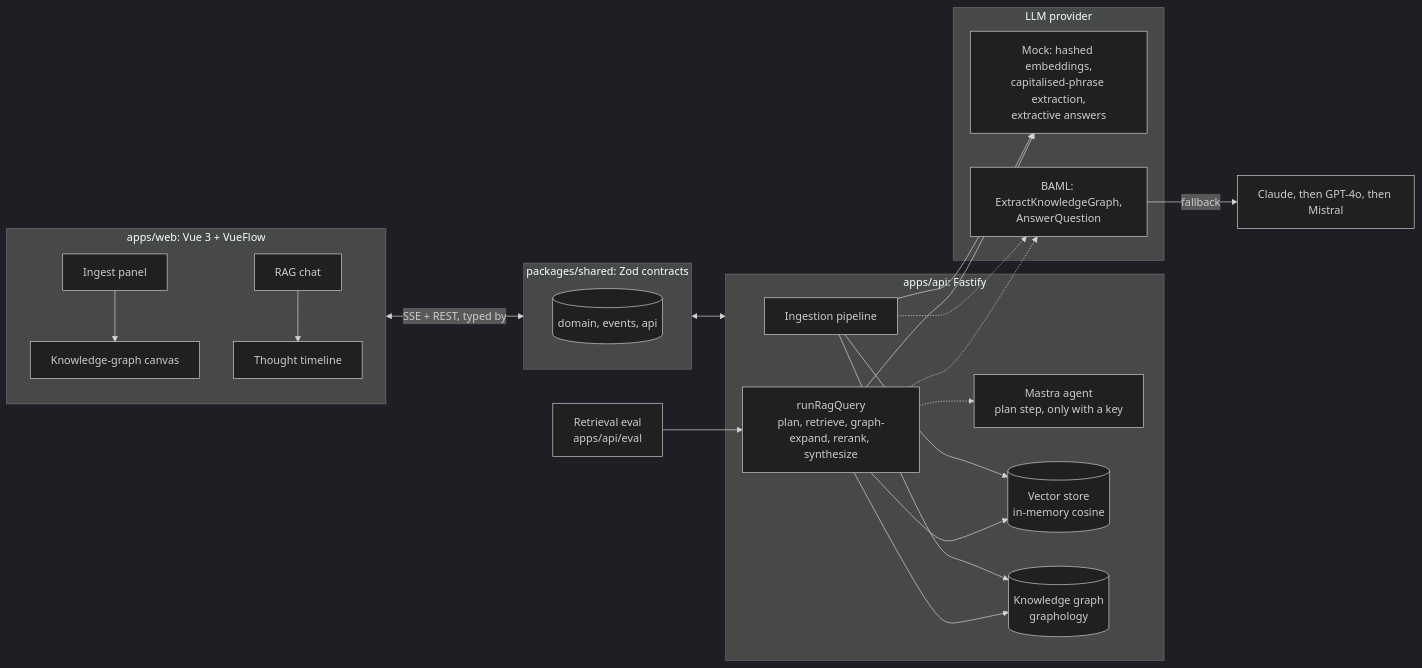
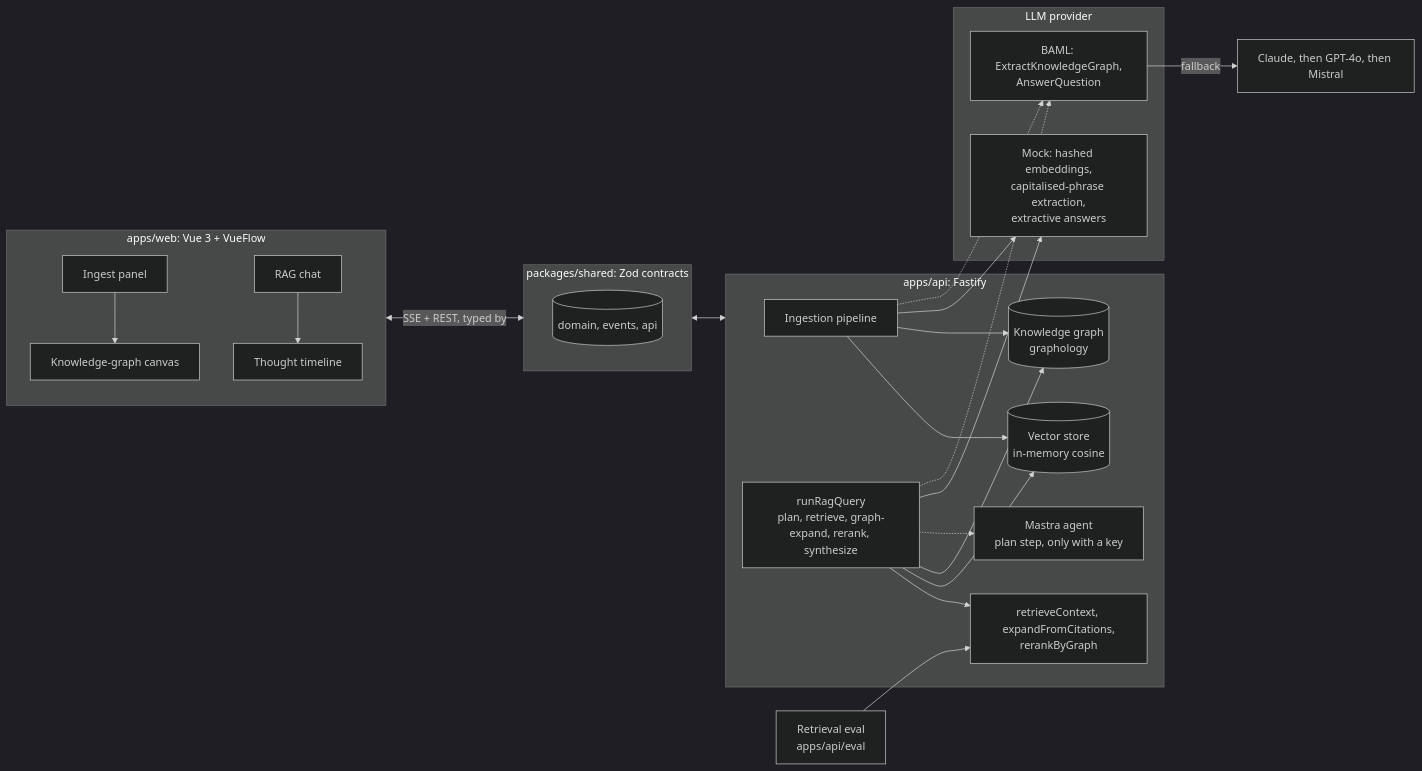
One commit to soneeee22000/Knowledge-Graph-RAG-Explorer changed the diagram in README.md. Above: the diagram before and after it, drawn with Mermaid (dark theme). The commit also changed 1 other file, not shown here.

Commit message:
docs: point eval at the shared retrieval helpers and name highlighted entities correctly

````diff
--- a/README.md
+++ b/README.md
@@ -37,38 +37,40 @@
 ```mermaid
 flowchart LR
   subgraph Web["apps/web: Vue 3 + VueFlow"]
     UI["Ingest panel"] --> Canvas["Knowledge-graph canvas"]
     Chat["RAG chat"] --> Timeline["Thought timeline"]
   end
 
   subgraph Shared["packages/shared: Zod contracts"]
     Contracts[("domain, events, api")]
   end
 
   subgraph API["apps/api: Fastify"]
     Ingest["Ingestion pipeline"]
     Pipeline["runRagQuery<br/>plan, retrieve, graph-expand, rerank, synthesize"]
+    Helpers["retrieveContext, expandFromCitations,<br/>rerankByGraph"]
     Agent["Mastra agent<br/>plan step, only with a key"]
     VS[("Vector store<br/>in-memory cosine")]
     KG[("Knowledge graph<br/>graphology")]
   end
 
   subgraph LLM["LLM provider"]
     Mock["Mock: hashed embeddings,<br/>capitalised-phrase extraction,<br/>extractive answers"]
     Baml["BAML: ExtractKnowledgeGraph,<br/>AnswerQuestion"]
   end
 
-  Eval["Retrieval eval<br/>apps/api/eval"] --> Pipeline
+  Eval["Retrieval eval<br/>apps/api/eval"] --> Helpers
+  Pipeline --> Helpers
   Web <-->|"SSE + REST, typed by"| Shared
   Shared <--> API
   Ingest --> VS
   Ingest --> KG
   Pipeline --> VS
   Pipeline --> KG
   Pipeline -.-> Agent
   Ingest --> Mock
   Pipeline --> Mock
   Ingest -.-> Baml
   Pipeline -.-> Baml
   Baml -->|"fallback"| Models["Claude, then GPT-4o, then Mistral"]
 ```
````
